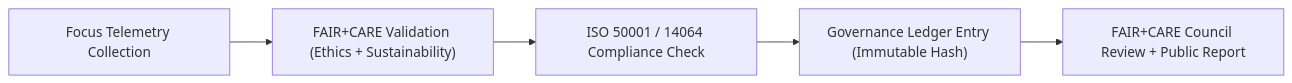
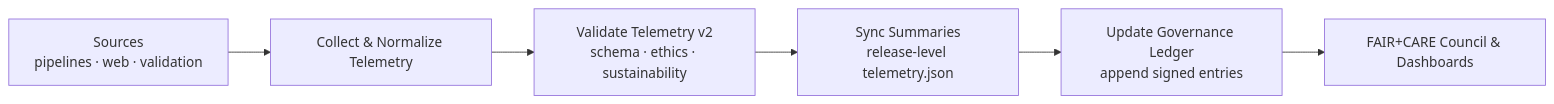
Before and after one commit to bartytime4life/Kansas-Frontier-Matrix: the second of 2 diagrams in docs/guides/workflows/telemetry-sync.md, drawn with Mermaid. The commit also changed other lines of this file, not shown here.

Commit message:
Update telemetry sync documentation to v10.4.2

````diff
--- a/docs/guides/workflows/telemetry-sync.md
+++ b/docs/guides/workflows/telemetry-sync.md
@@ -187,7 +314,9 @@
 ```mermaid
 flowchart LR
-A["Focus Telemetry Collection"] --> B["FAIR+CARE Validation (Ethics + Sustainability)"]
-B --> C["ISO 50001 / 14064 Compliance Check"]
-C --> D["Governance Ledger Entry (Immutable Hash)"]
-D --> E["FAIR+CARE Council Review + Public Report"]
+
+SRC["Sources<br/>pipelines · web · validation"] --> COL["Collect & Normalize Telemetry"]
+COL --> VAL["Validate Telemetry v2<br/>schema · ethics · sustainability"]
+VAL --> SYNC["Sync Summaries<br/>release-level telemetry.json"]
+SYNC --> LEDGER["Update Governance Ledger<br/>append signed entries"]
+LEDGER --> COUNCIL["FAIR+CARE Council & Dashboards"]
 ```
````
